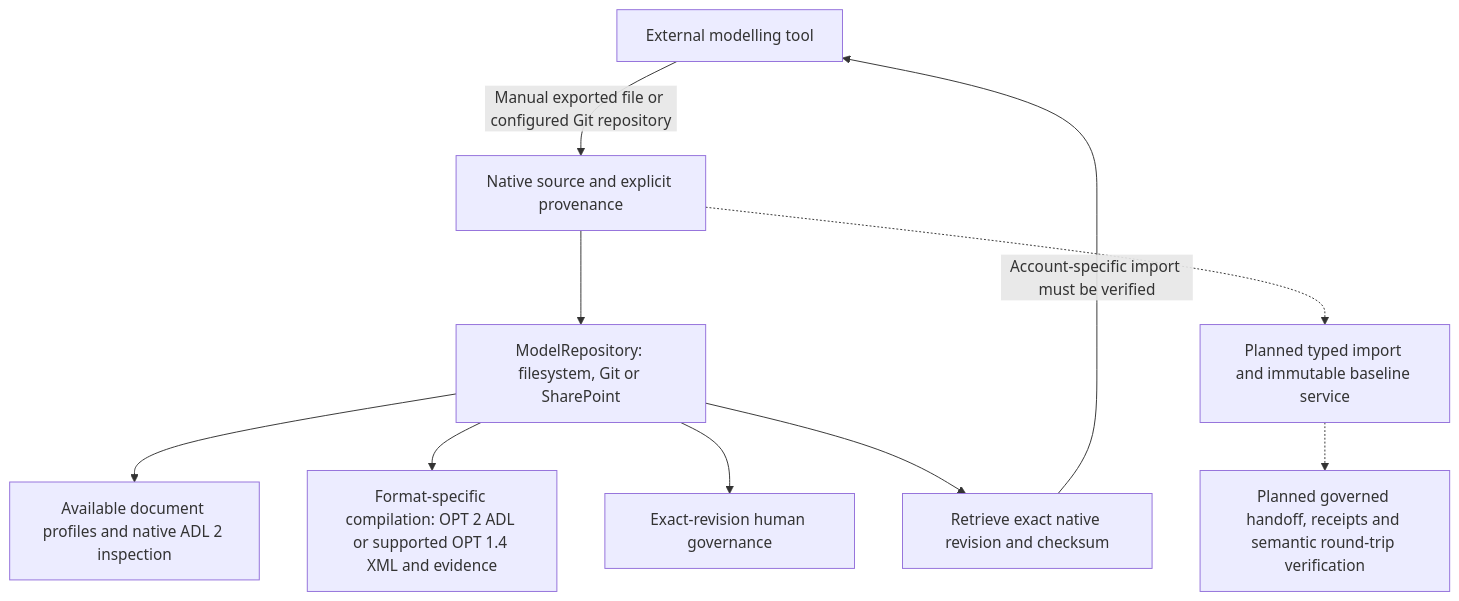
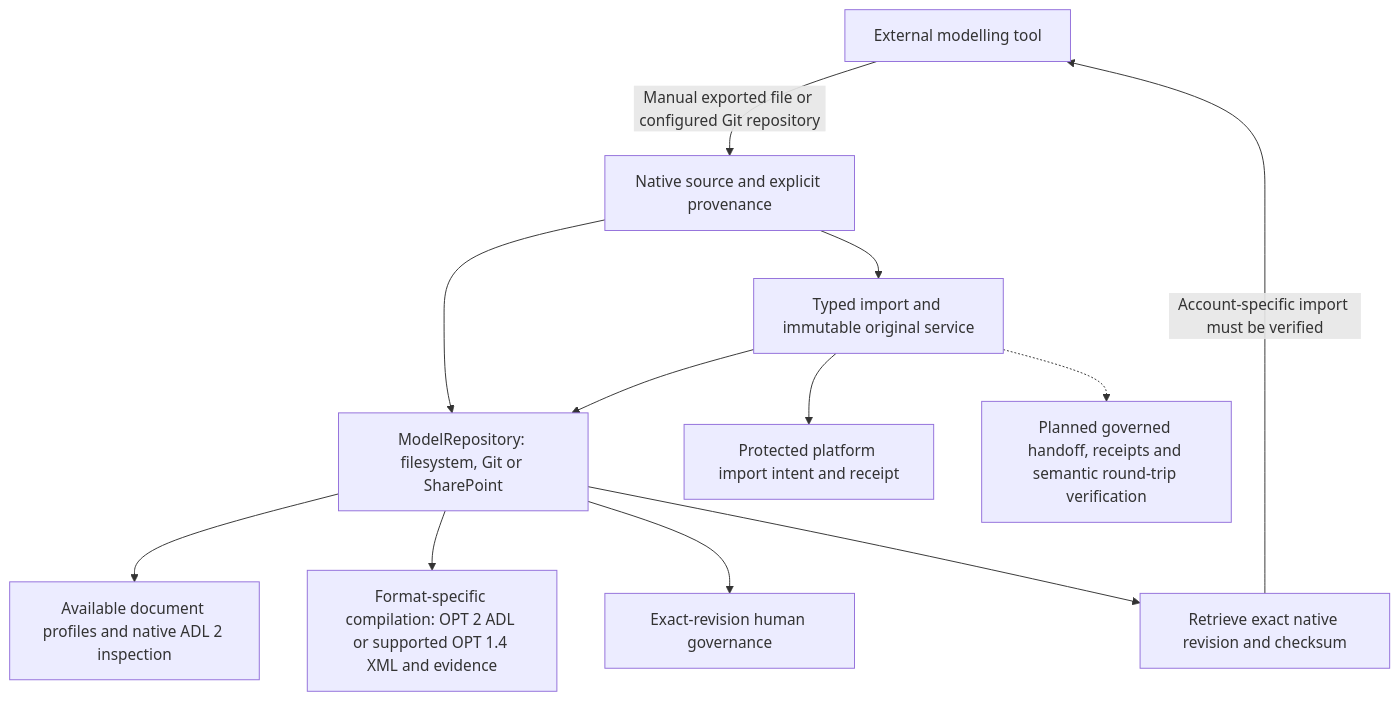
One commit to CzarMich/openehr-modelling-assistant changed the diagram in docs/MODELLING_TOOL_INTEGRATION.md. Above: the diagram before and after it, drawn with Mermaid. The commit also changed other lines of this file and 70 other files, not shown here.

Commit message:
feat(import): preserve native originals with protected provenance

````diff
--- a/docs/MODELLING_TOOL_INTEGRATION.md
+++ b/docs/MODELLING_TOOL_INTEGRATION.md
@@ -12,12 +12,14 @@
 ```mermaid
 flowchart TB
     Tool[External modelling tool] -->|Manual exported file or configured Git repository| Native[Native source and explicit provenance]
     Native --> Repo[ModelRepository: filesystem, Git or SharePoint]
     Repo --> Inspect[Available document profiles and native ADL 2 inspection]
     Repo --> Build[Format-specific compilation: OPT 2 ADL or supported OPT 1.4 XML and evidence]
     Repo --> Review[Exact-revision human governance]
     Repo --> Retrieve[Retrieve exact native revision and checksum]
     Retrieve -->|Account-specific import must be verified| Tool
-    Native -.-> Import[Planned typed import and immutable baseline service]
+    Native --> Import[Typed import and immutable original service]
+    Import --> Ledger[Protected platform import intent and receipt]
+    Import --> Repo
     Import -.-> Handoff[Planned governed handoff, receipts and semantic round-trip verification]
 ```
````
